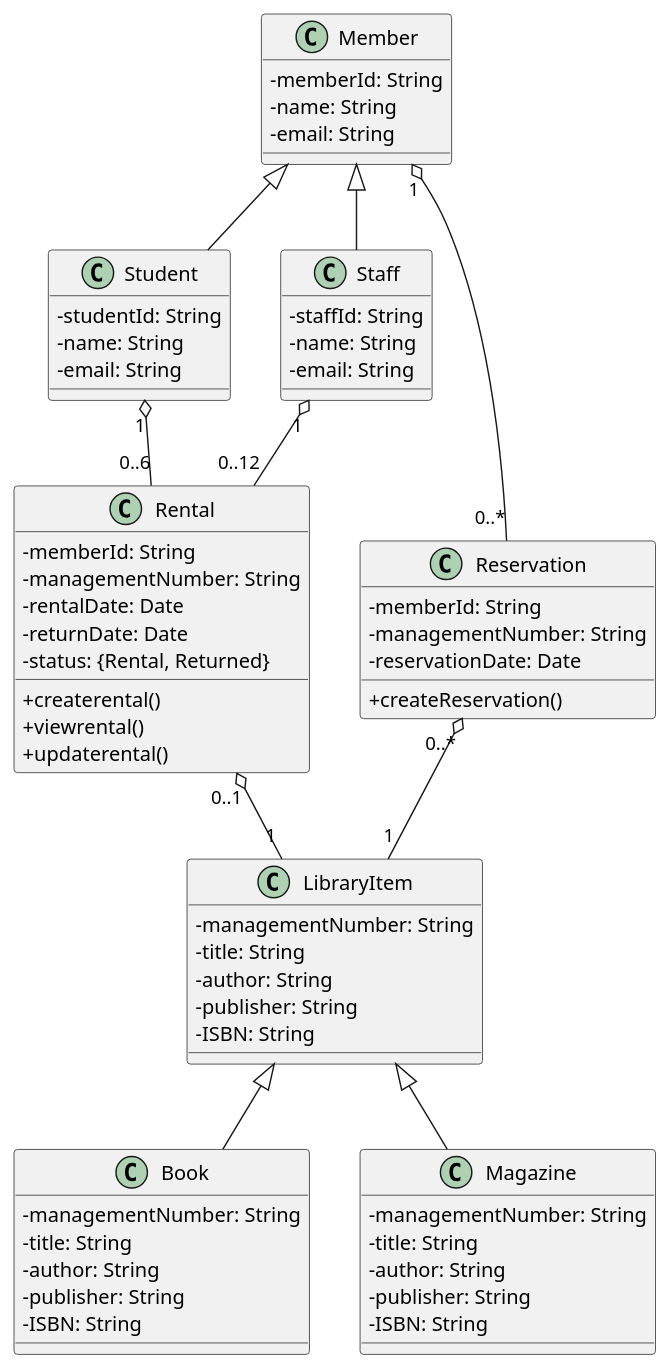
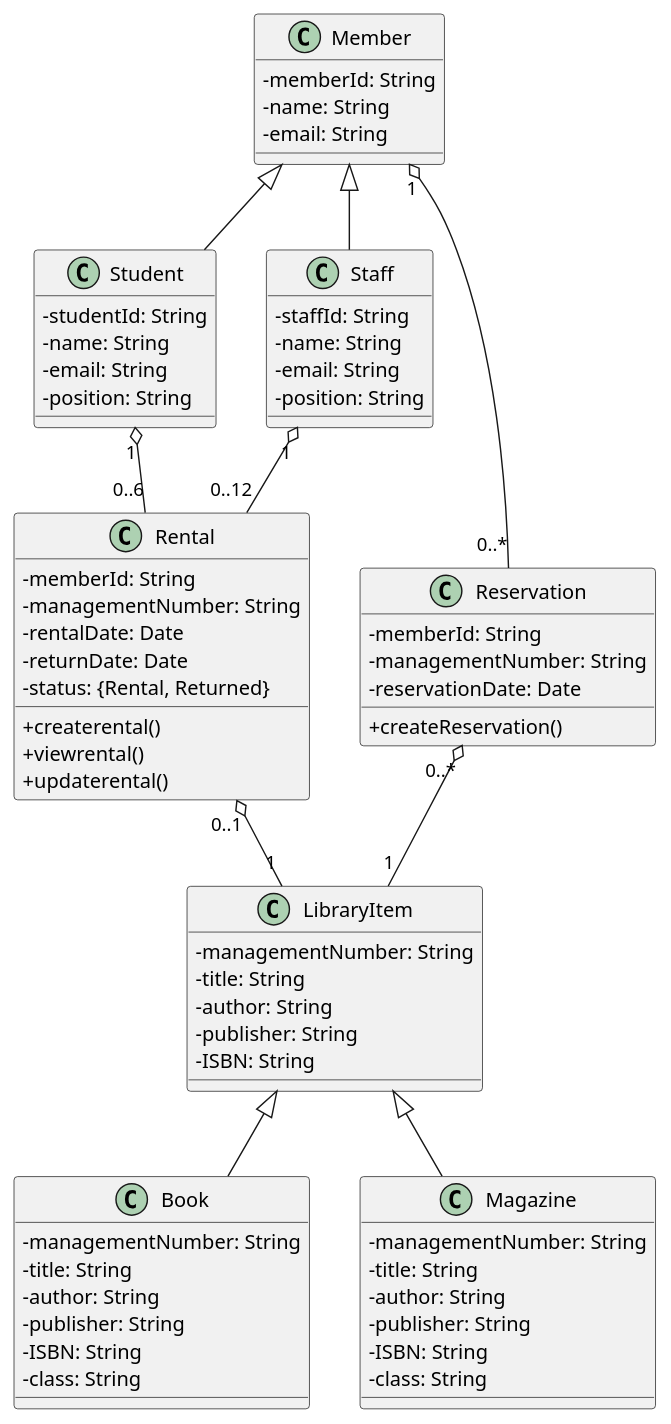
One commit to FujikawaHirono0520/group3_1_dogdog changed the diagram in kouka2/class.pu. Above: the diagram before and after it, drawn with PlantUML.

Commit message:
【追記】分類属性

```diff
--- a/kouka2/class.pu
+++ b/kouka2/class.pu
@@ -1,84 +1,88 @@
 @startuml .
 skinparam classAttributeIconSize 0
 
 class Member {
   - memberId: String
   - name: String
   - email: String
 }
 
 class Student {
   - studentId: String
   - name: String
   - email: String
+  - position: String
 }
 
 class Staff {
   - staffId: String
   - name: String
   - email: String
+  - position: String
 }
 
 class Reservation {
   - memberId: String
   - managementNumber: String
   - reservationDate: Date
 
   + createReservation()
 }
 
 class Rental {
   - memberId: String
   - managementNumber: String
   - rentalDate: Date
   - returnDate: Date
   - status: {Rental, Returned}
 
   + createrental()
   + viewrental()
   + updaterental()
 }
 
 class LibraryItem {
   - managementNumber: String
   - title: String
   - author: String
   - publisher: String
   - ISBN: String
 }
 
 class Book {
   - managementNumber: String
   - title: String
   - author: String
   - publisher: String
   - ISBN: String
+  - class: String
 }
 
 class Magazine {
   - managementNumber: String
   - title: String
   - author: String
   - publisher: String
   - ISBN: String
+  - class: String
 }
 
 Member <|-- Student
 
 Member <|-- Staff
 
 LibraryItem <|-- Book
 
 LibraryItem <|-- Magazine
 
 Student "1" o-- "0..6" Rental
 
 Staff "1" o-- "0..12" Rental
 
 Member "1" o-- "0..*" Reservation
 
 Rental "0..1" o-- "1" LibraryItem
 
 Reservation "0..*" o-- "1" LibraryItem
 
 @enduml
```
